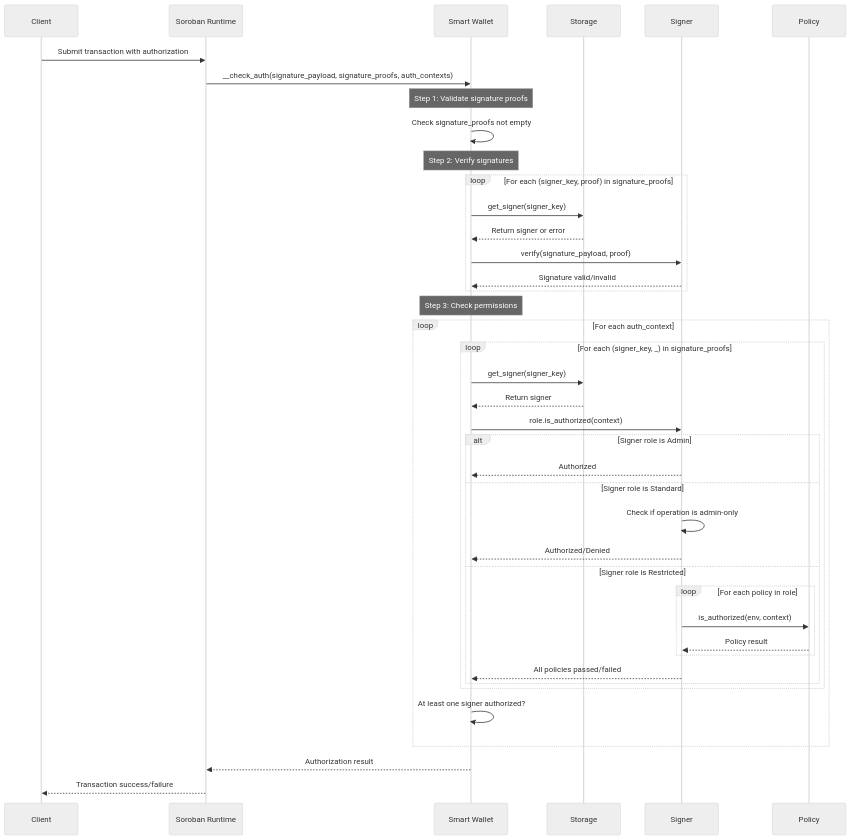
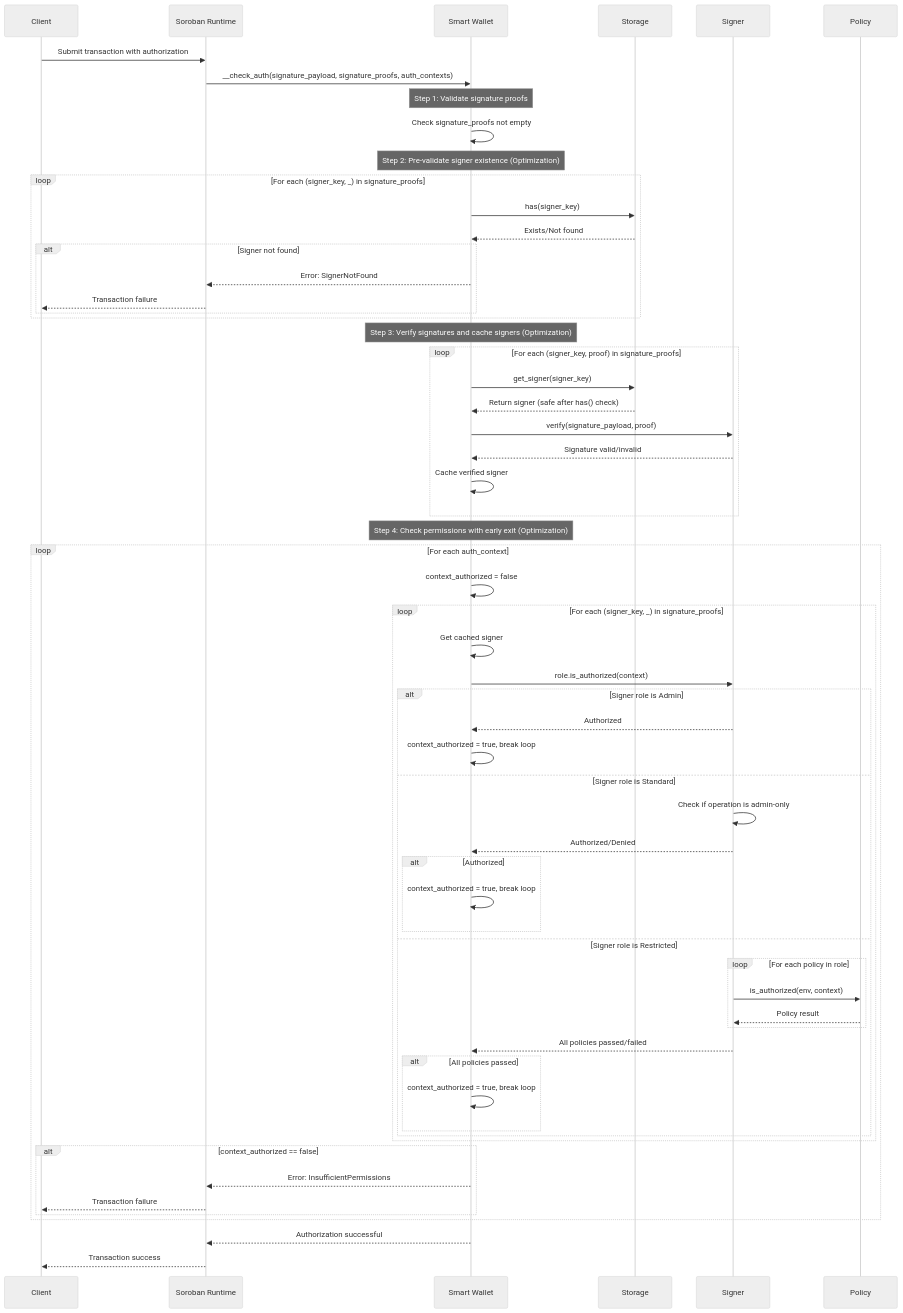
One commit to Crossmint/stellar-smart-account changed the fourth of 5 diagrams in contracts/smart-wallet/README.md. Above: the diagram before and after it, drawn with Mermaid (neutral theme). The commit also changed 3 other files, not shown here.

````diff
--- a/contracts/smart-wallet/README.md
+++ b/contracts/smart-wallet/README.md
@@ -260,49 +260,70 @@
 ```mermaid
 sequenceDiagram
     participant Client
     participant SorobanRuntime as Soroban Runtime
     participant SmartWallet as Smart Wallet
     participant Storage
     participant Signer
     participant Policy
     
     Client->>SorobanRuntime: Submit transaction with authorization
     SorobanRuntime->>SmartWallet: __check_auth(signature_payload, signature_proofs, auth_contexts)
     
     Note over SmartWallet: Step 1: Validate signature proofs
     SmartWallet->>SmartWallet: Check signature_proofs not empty
     
-    Note over SmartWallet: Step 2: Verify signatures
+    Note over SmartWallet: Step 2: Pre-validate signer existence (Optimization)
+    loop For each (signer_key, _) in signature_proofs
+        SmartWallet->>Storage: has(signer_key)
+        Storage-->>SmartWallet: Exists/Not found
+        alt Signer not found
+            SmartWallet-->>SorobanRuntime: Error: SignerNotFound
+            SorobanRuntime-->>Client: Transaction failure
+        end
+    end
+    
+    Note over SmartWallet: Step 3: Verify signatures and cache signers (Optimization)
     loop For each (signer_key, proof) in signature_proofs
         SmartWallet->>Storage: get_signer(signer_key)
-        Storage-->>SmartWallet: Return signer or error
+        Storage-->>SmartWallet: Return signer (safe after has() check)
         SmartWallet->>Signer: verify(signature_payload, proof)
         Signer-->>SmartWallet: Signature valid/invalid
+        SmartWallet->>SmartWallet: Cache verified signer
     end
     
-    Note over SmartWallet: Step 3: Check permissions
+    Note over SmartWallet: Step 4: Check permissions with early exit (Optimization)
     loop For each auth_context
+        SmartWallet->>SmartWallet: context_authorized = false
         loop For each (signer_key, _) in signature_proofs
-            SmartWallet->>Storage: get_signer(signer_key)
-            Storage-->>SmartWallet: Return signer
+            SmartWallet->>SmartWallet: Get cached signer
             SmartWallet->>Signer: role.is_authorized(context)
             
             alt Signer role is Admin
                 Signer-->>SmartWallet: Authorized
+                SmartWallet->>SmartWallet: context_authorized = true, break loop
             else Signer role is Standard
                 Signer->>Signer: Check if operation is admin-only
                 Signer-->>SmartWallet: Authorized/Denied
+                alt Authorized
+                    SmartWallet->>SmartWallet: context_authorized = true, break loop
+                end
             else Signer role is Restricted
                 loop For each policy in role
                     Signer->>Policy: is_authorized(env, context)
                     Policy-->>Signer: Policy result
                 end
                 Signer-->>SmartWallet: All policies passed/failed
+                alt All policies passed
+                    SmartWallet->>SmartWallet: context_authorized = true, break loop
+                end
             end
         end
-        SmartWallet->>SmartWallet: At least one signer authorized?
+        alt context_authorized == false
+            SmartWallet-->>SorobanRuntime: Error: InsufficientPermissions
+            SorobanRuntime-->>Client: Transaction failure
+        end
     end
     
-    SmartWallet-->>SorobanRuntime: Authorization result
-    SorobanRuntime-->>Client: Transaction success/failure
+    SmartWallet-->>SorobanRuntime: Authorization successful
+    SorobanRuntime-->>Client: Transaction success
 ```
````
